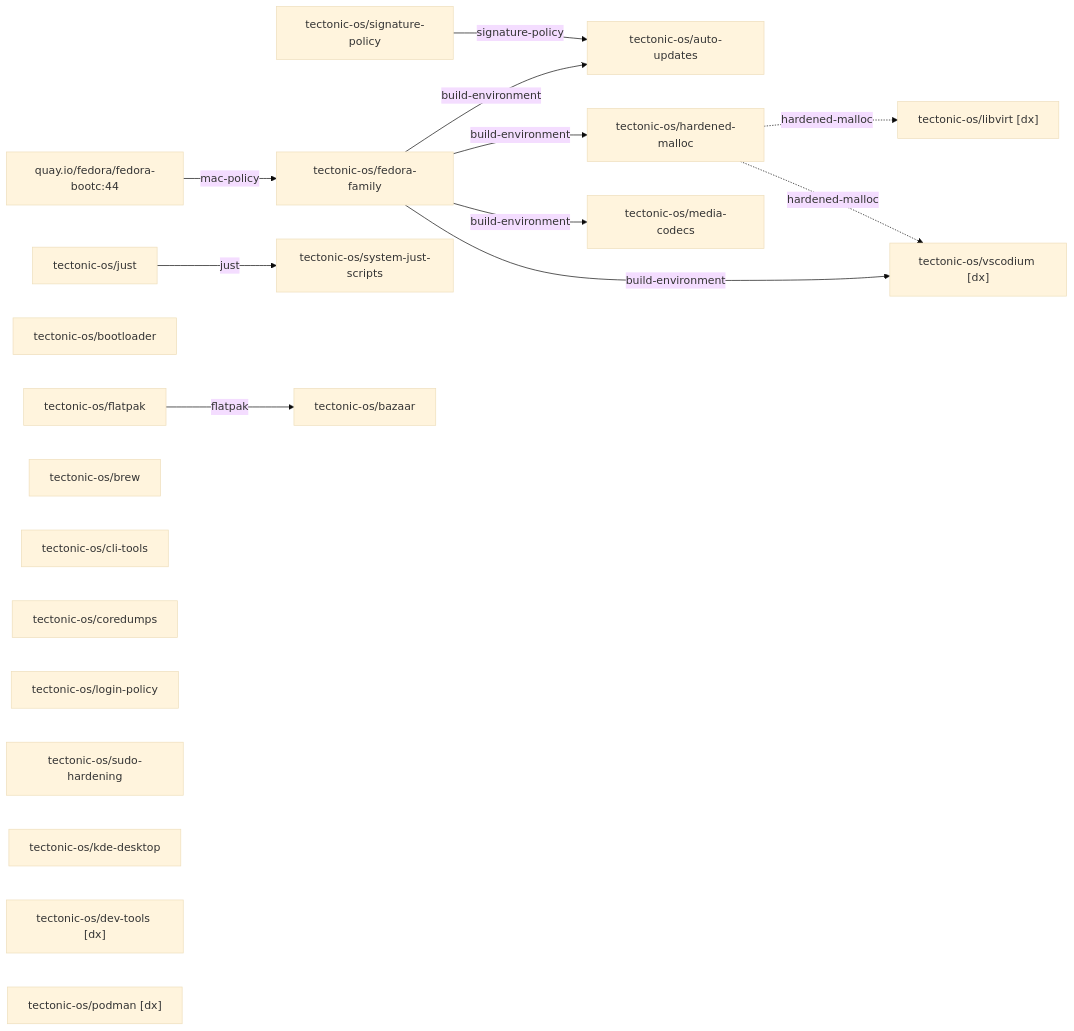
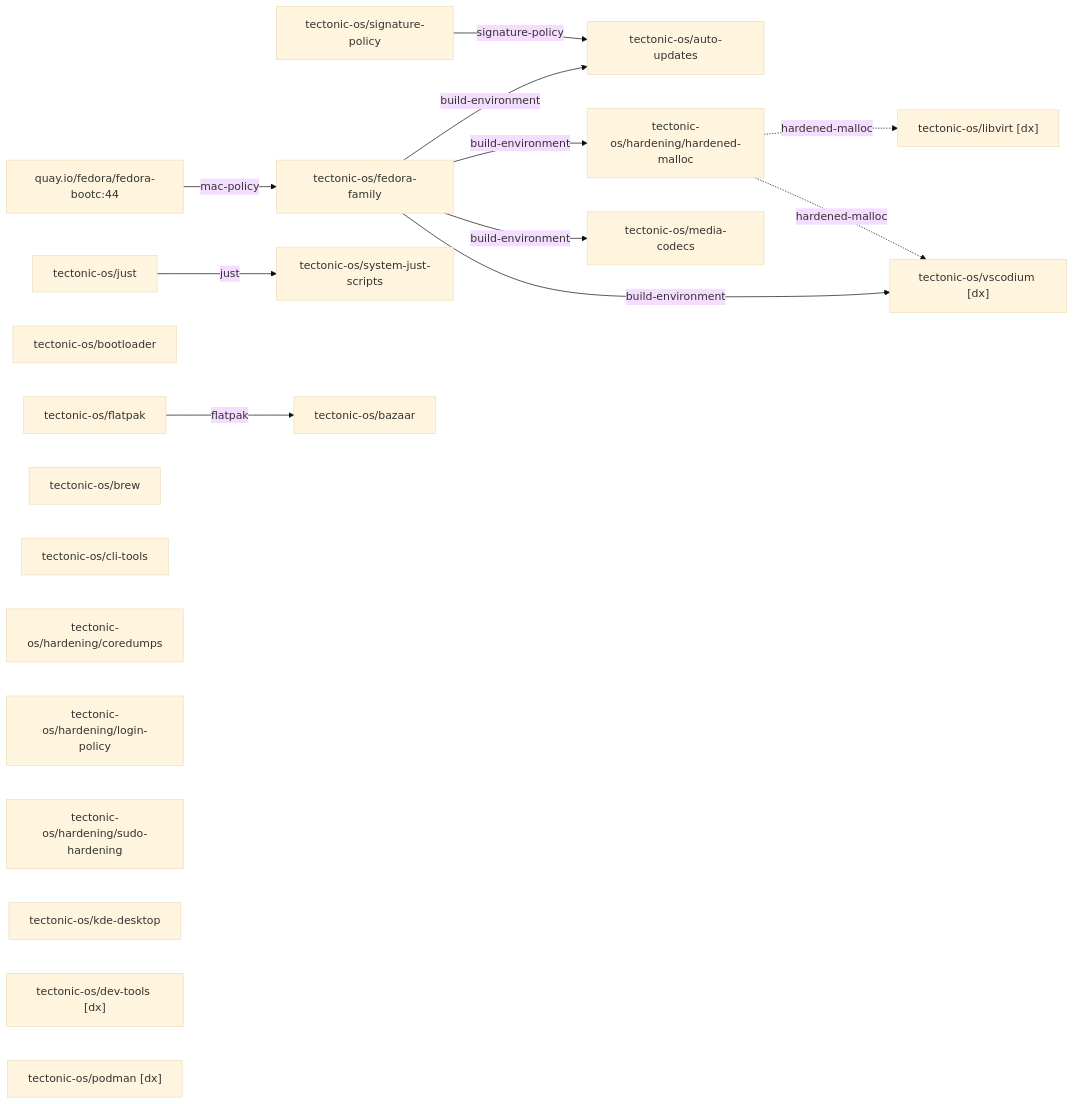
One commit to tectonic-os/desktop changed the diagram in generated/desktop.graph.md. Above: the diagram before and after it, drawn with Mermaid (base theme). The commit also changed other lines of this file and 12 other files, not shown here.

````diff
--- a/generated/desktop.graph.md
+++ b/generated/desktop.graph.md
@@ -9,34 +9,34 @@
 ```mermaid
 graph LR
     base["quay.io/fedora/fedora-bootc:44"]
     m0["tectonic-os/fedora-family"]
     m1["tectonic-os/just"]
     m2["tectonic-os/bootloader"]
     m3["tectonic-os/signature-policy"]
     m4["tectonic-os/auto-updates"]
     m5["tectonic-os/system-just-scripts"]
     m6["tectonic-os/flatpak"]
     m7["tectonic-os/brew"]
     m8["tectonic-os/cli-tools"]
-    m9["tectonic-os/coredumps"]
-    m10["tectonic-os/login-policy"]
-    m11["tectonic-os/hardened-malloc"]
-    m12["tectonic-os/sudo-hardening"]
+    m9["tectonic-os/hardening/coredumps"]
+    m10["tectonic-os/hardening/login-policy"]
+    m11["tectonic-os/hardening/hardened-malloc"]
+    m12["tectonic-os/hardening/sudo-hardening"]
     m13["tectonic-os/kde-desktop"]
     m14["tectonic-os/bazaar"]
     m15["tectonic-os/media-codecs"]
     m16["tectonic-os/dev-tools [dx]"]
     m17["tectonic-os/podman [dx]"]
     m18["tectonic-os/libvirt [dx]"]
     m19["tectonic-os/vscodium [dx]"]
     base -->|"mac-policy"| m0
     m0 -->|"build-environment"| m4
     m0 -->|"build-environment"| m11
     m0 -->|"build-environment"| m15
     m0 -->|"build-environment"| m19
     m1 -->|"just"| m5
     m3 -->|"signature-policy"| m4
     m6 -->|"flatpak"| m14
     m11 -.->|"hardened-malloc"| m18
     m11 -.->|"hardened-malloc"| m19
 ```
````
